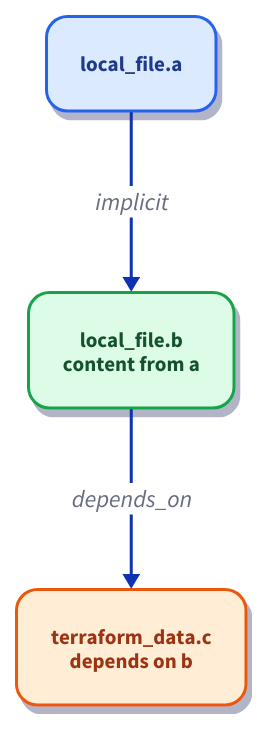
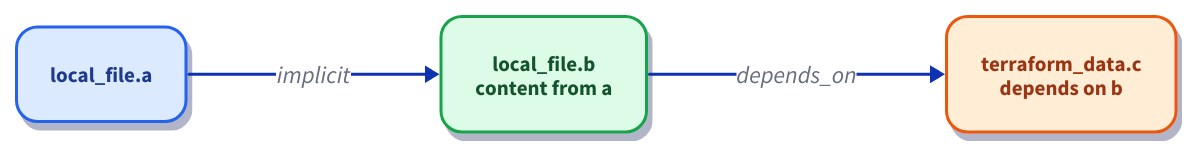
The diagram in docs/assets/d2/terraform-resource-graph.d2 (rebash-rebash/rebash-academy), drawn with D2 before and after one commit. The commit also changed 5 other files, not shown here.

First line of the commit message:
Fix Terraform meta-argument and resource-graph diagrams. (#9)

```diff
--- a/docs/assets/d2/terraform-resource-graph.d2
+++ b/docs/assets/d2/terraform-resource-graph.d2
@@ -1,7 +1,32 @@
-direction: down
-*: { style: { border-radius: 14; font-size: 14; bold: true; shadow: true; stroke-width: 2 } }
-A: "local_file.a" { style.fill: "#dbeafe"; style.stroke: "#2563eb"; style.font-color: "#1e3a8a" }
-B: "local_file.b\ncontent from a" { style.fill: "#dcfce7"; style.stroke: "#16a34a"; style.font-color: "#14532d" }
-C: "terraform_data.c\ndepends on b" { style.fill: "#ffedd5"; style.stroke: "#ea580c"; style.font-color: "#9a3412" }
-A -> B: "implicit"
-B -> C: "depends_on"
+direction: right
+
+*: {
+  style: {
+    border-radius: 14
+    font-size: 14
+    bold: true
+    shadow: true
+    stroke-width: 2
+  }
+}
+
+a: "local_file.a" {
+  style.fill: "#dbeafe"
+  style.stroke: "#2563eb"
+  style.font-color: "#1e3a8a"
+}
+
+b: "local_file.b\ncontent from a" {
+  style.fill: "#dcfce7"
+  style.stroke: "#16a34a"
+  style.font-color: "#14532d"
+}
+
+c: "terraform_data.c\ndepends on b" {
+  style.fill: "#ffedd5"
+  style.stroke: "#ea580c"
+  style.font-color: "#9a3412"
+}
+
+a -> b: "implicit"
+b -> c: "depends_on"
```
